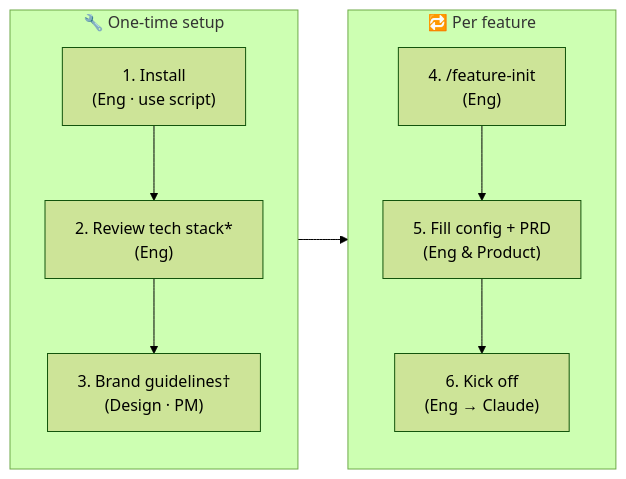
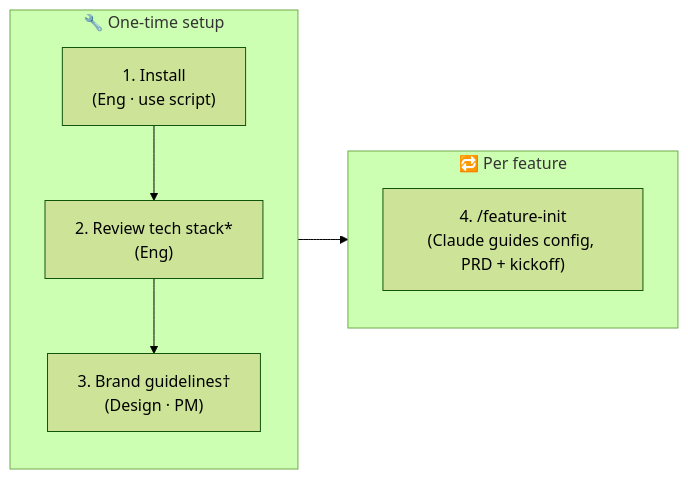
The diagram in .claude/SETUP-GUIDE.md (sans-github/agents), drawn with Mermaid (forest theme) before and after one commit. The commit also changed other lines of this file and 1 other file, not shown here.

Commit message:
collapse /feature-init into single guided entry point: config, PRD, kickoff

````diff
--- a/.claude/SETUP-GUIDE.md
+++ b/.claude/SETUP-GUIDE.md
@@ -41,10 +43,10 @@
 ```mermaid
 flowchart LR
   subgraph once["🔧 One-time setup"]
     s1["1. Install<br/>(Eng · use script)"] --> s2["2. Review tech stack*<br/>(Eng)"] --> s3["3. Brand guidelines†<br/>(Design · PM)"]
   end
   subgraph feat["🔁 Per feature"]
-    s4["4. /feature-init<br/>(Eng)"] --> s5["5. Fill config + PRD<br/>(Eng & Product)"] --> s6["6. Kick off<br/>(Eng → Claude)"]
+    s4["4. /feature-init<br/>(Claude guides config, PRD + kickoff)"]
   end
   once --> feat
 ```
````
